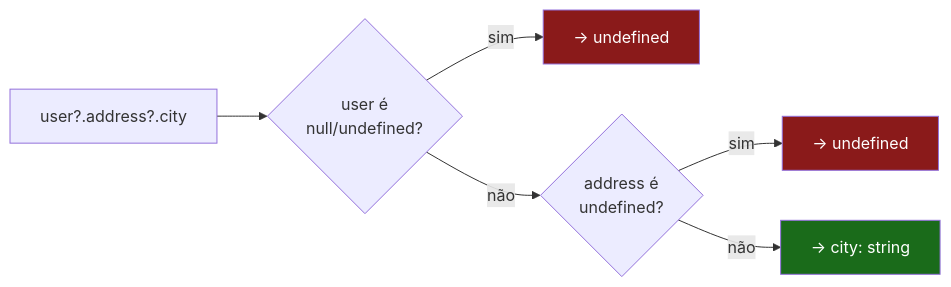
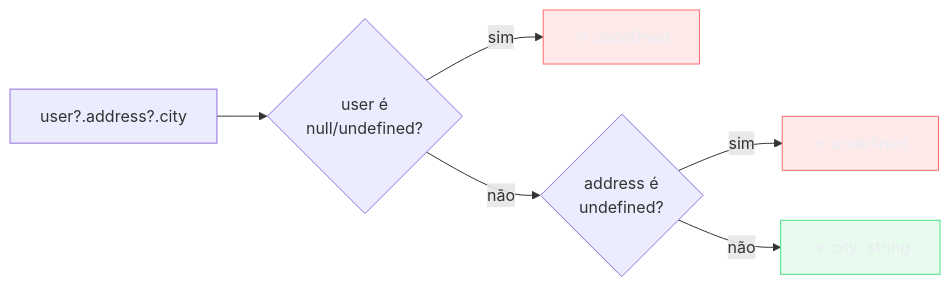
The third of 5 diagrams in 03-Dominios/Tecnologia/TypeScript/05 - strictNullChecks - null, undefined e optional.md (josenaldo/codex-technomanticus), drawn with Mermaid before and after one commit. The commit also changed other lines of this file and 1181 other files, not shown here.

First line of the commit message:
fix(diagramas): paleta do sistema no lugar de cor cravada no markdown

````diff
--- a/03-Dominios/Tecnologia/TypeScript/05 - strictNullChecks - null, undefined e optional.md
+++ b/03-Dominios/Tecnologia/TypeScript/05 - strictNullChecks - null, undefined e optional.md
@@ -185,19 +189,21 @@
 ```mermaid
 flowchart LR
+    classDef falha fill:#FF6B6B24,stroke:#FF6B6B,color:#E9ECF2
+    classDef ok fill:#4ADE8021,stroke:#4ADE80,color:#E9ECF2
     A["user?.address?.city"]
     B{"user é\nnull/undefined?"}
     C["→ undefined"]
     D{"address é\nundefined?"}
     E["→ undefined"]
     F["→ city: string"]
 
     A --> B
     B -->|sim| C
     B -->|não| D
     D -->|sim| E
     D -->|não| F
 
-    style C fill:#8a1a1a,color:#fff
-    style E fill:#8a1a1a,color:#fff
-    style F fill:#1a6b1a,color:#fff
+    class C falha
+    class E falha
+    class F ok
 ```
````
